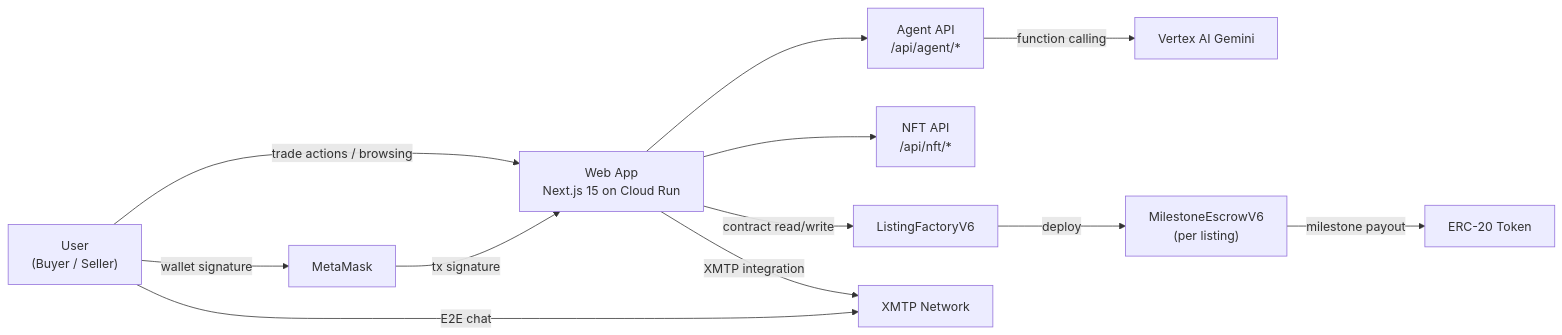
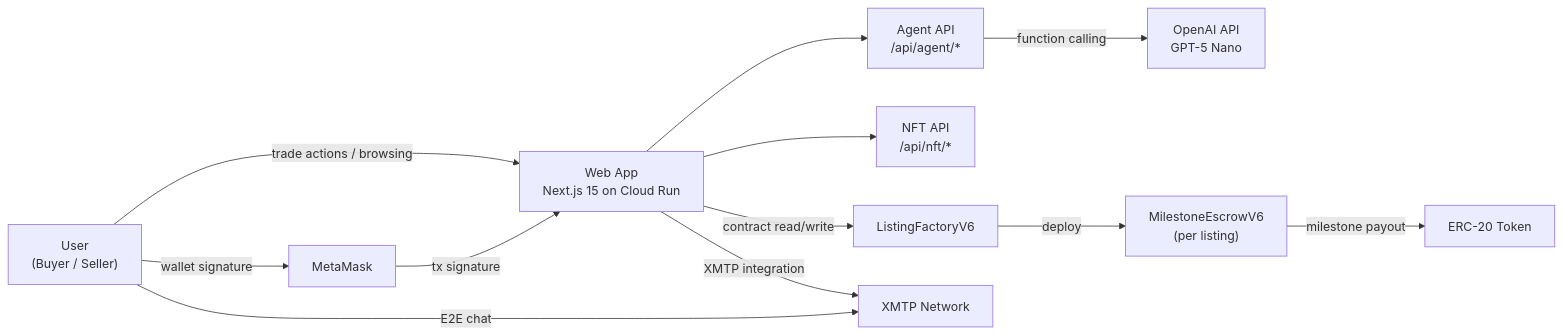
Before and after one commit to usagi917/PalPay: the diagram in README.en.md, drawn with Mermaid. The commit also changed other lines of this file and 2 other files, not shown here.

````diff
--- a/README.en.md
+++ b/README.en.md
@@ -30,25 +30,25 @@
 ```mermaid
 flowchart LR
     U["User<br/>(Buyer / Seller)"]
     M["MetaMask"]
     W["Web App<br/>Next.js 15 on Cloud Run"]
     A["Agent API<br/>/api/agent/*"]
     N["NFT API<br/>/api/nft/*"]
-    V["Vertex AI Gemini"]
+    V["OpenAI API<br/>GPT-5 Nano"]
     F["ListingFactoryV6"]
     E["MilestoneEscrowV6<br/>(per listing)"]
     T["ERC-20 Token"]
     X["XMTP Network"]
 
     U -->|"trade actions / browsing"| W
     U -->|"wallet signature"| M
     M -->|"tx signature"| W
     W --> A
     A -->|"function calling"| V
     W --> N
     W -->|"contract read/write"| F
     F -->|"deploy"| E
     E -->|"milestone payout"| T
     U -->|"E2E chat"| X
     W -->|"XMTP integration"| X
 ```
````
